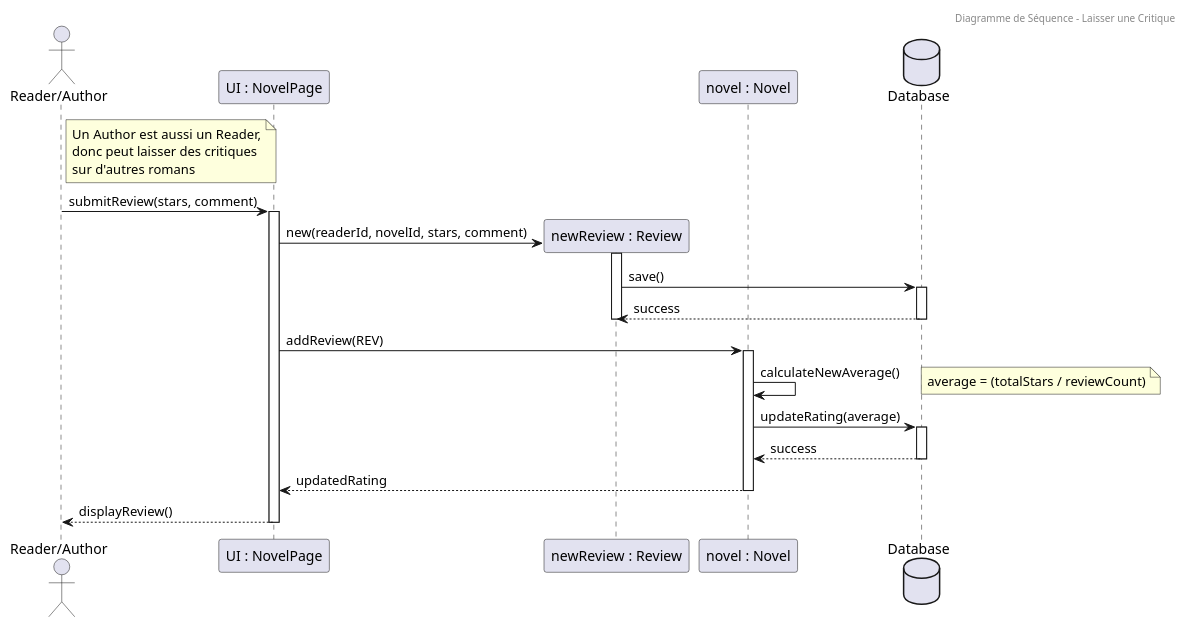
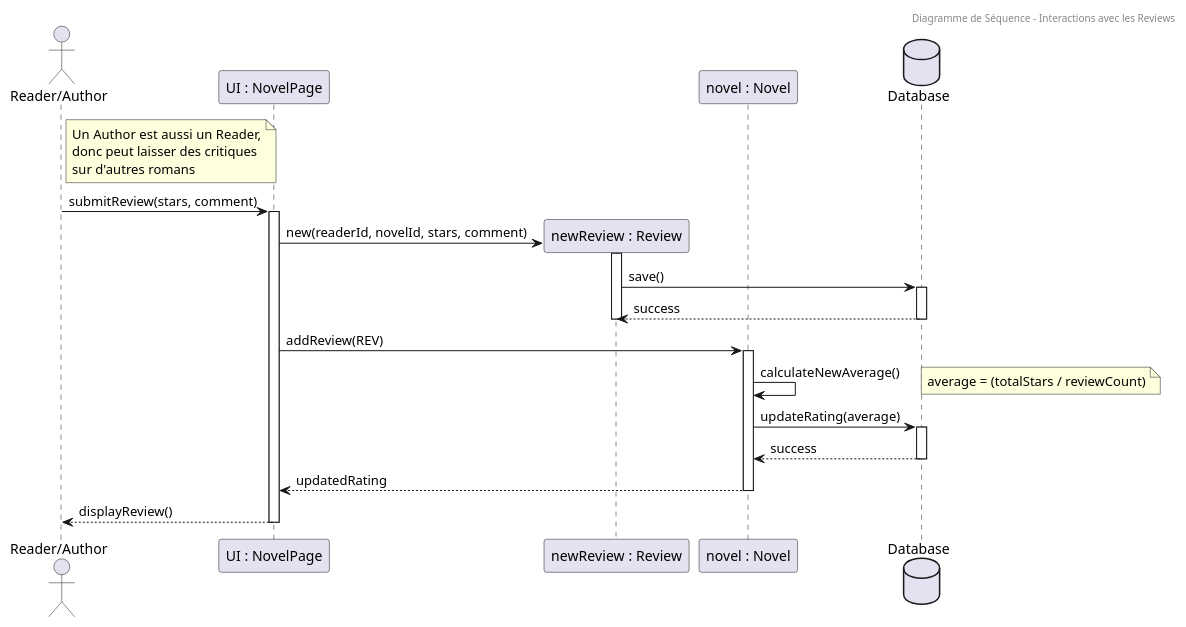
One commit to matthieuzajac/UML_project changed the diagram in src/Sequence/reviewing.wsd. Above: the diagram before and after it, drawn with PlantUML. The commit also changed 11 other files, not shown here.

Commit message:
Simplify use case diagram and align diagram titles

```diff
--- a/src/Sequence/reviewing.wsd
+++ b/src/Sequence/reviewing.wsd
@@ -1,40 +1,40 @@
 @startuml sequence diagram review submission
-header Diagramme de Séquence - Laisser une Critique
+header Diagramme de Séquence - Interactions avec les Reviews
 actor "Reader/Author" as R
 participant "UI : NovelPage" as UI
 participant "newReview : Review" as REV
 participant "novel : Novel" as N
 database "Database" as DB
 
 note right of R
   Un Author est aussi un Reader,
   donc peut laisser des critiques
   sur d'autres romans
 end note
 
 R -> UI : submitReview(stars, comment)
 activate UI
 create REV
 UI -> REV : new(readerId, novelId, stars, comment)
 activate REV
 
 REV -> DB : save()
 activate DB
 DB --> REV : success
 deactivate DB
 deactivate REV
 
 UI -> N : addReview(REV)
 activate N
 N -> N : calculateNewAverage()
 note right: average = (totalStars / reviewCount)
 N -> DB : updateRating(average)
 activate DB
 DB --> N : success
 deactivate DB
 N --> UI : updatedRating
 deactivate N
 
 UI --> R : displayReview()
 deactivate UI
 @enduml
```
